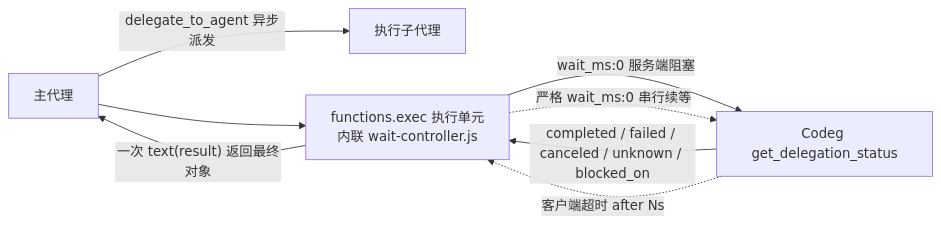
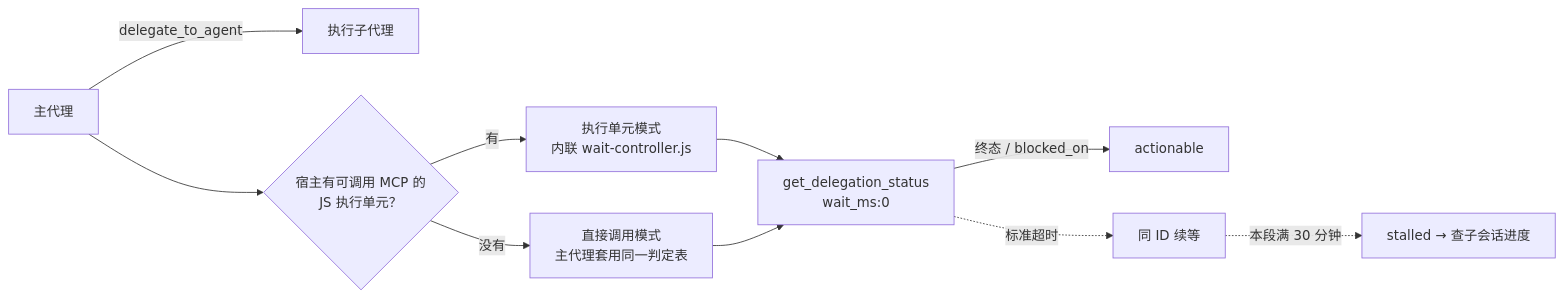
Before and after one commit to ana52070/smart-dispatch: the diagram in README.md, drawn with Mermaid. The commit also changed other lines of this file and 11 other files, not shown here.

````diff
--- a/README.md
+++ b/README.md
@@ -65,10 +47,12 @@
 ```mermaid
 flowchart LR
-    A["主代理"] -->|"delegate_to_agent 异步派发"| B["执行子代理"]
-    A --> C["functions.exec 执行单元<br/>内联 wait-controller.js"]
-    C -->|"wait_ms:0 服务端阻塞"| D["Codeg get_delegation_status"]
-    D -->|"completed / failed / canceled / unknown / blocked_on"| C
-    D -.->|"客户端超时 after Ns"| C
-    C -.->|"严格 wait_ms:0 串行续等"| D
-    C -->|"一次 text(result) 返回最终对象"| A
+    A["主代理"] -->|"delegate_to_agent"| B["执行子代理"]
+    A --> M{"宿主有可调用 MCP 的<br/>JS 执行单元？"}
+    M -->|"有"| C["执行单元模式<br/>内联 wait-controller.js"]
+    M -->|"没有"| D["直接调用模式<br/>主代理套用同一判定表"]
+    C --> S["get_delegation_status<br/>wait_ms:0"]
+    D --> S
+    S -->|"终态 / blocked_on"| R["actionable"]
+    S -.->|"标准超时"| K["同 ID 续等"]
+    K -.->|"本段满 30 分钟"| T["stalled → 查子会话进度"]
 ```
````
